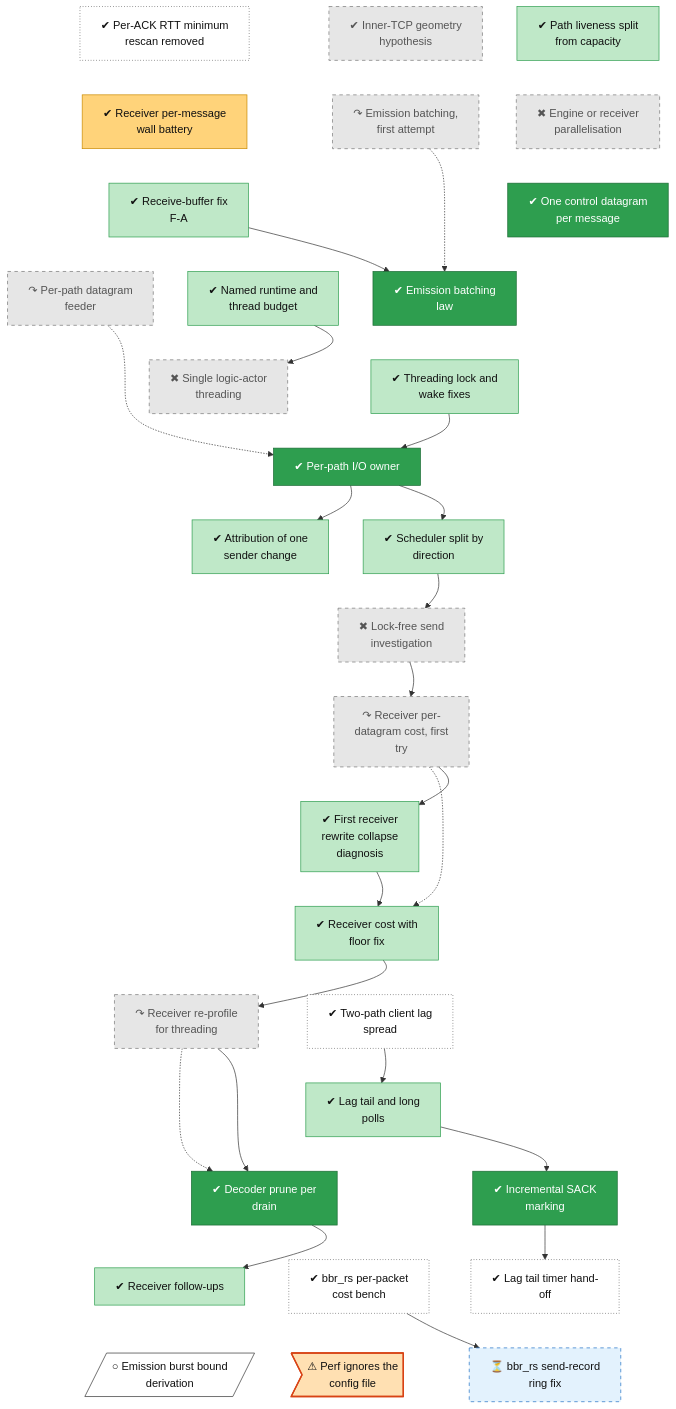
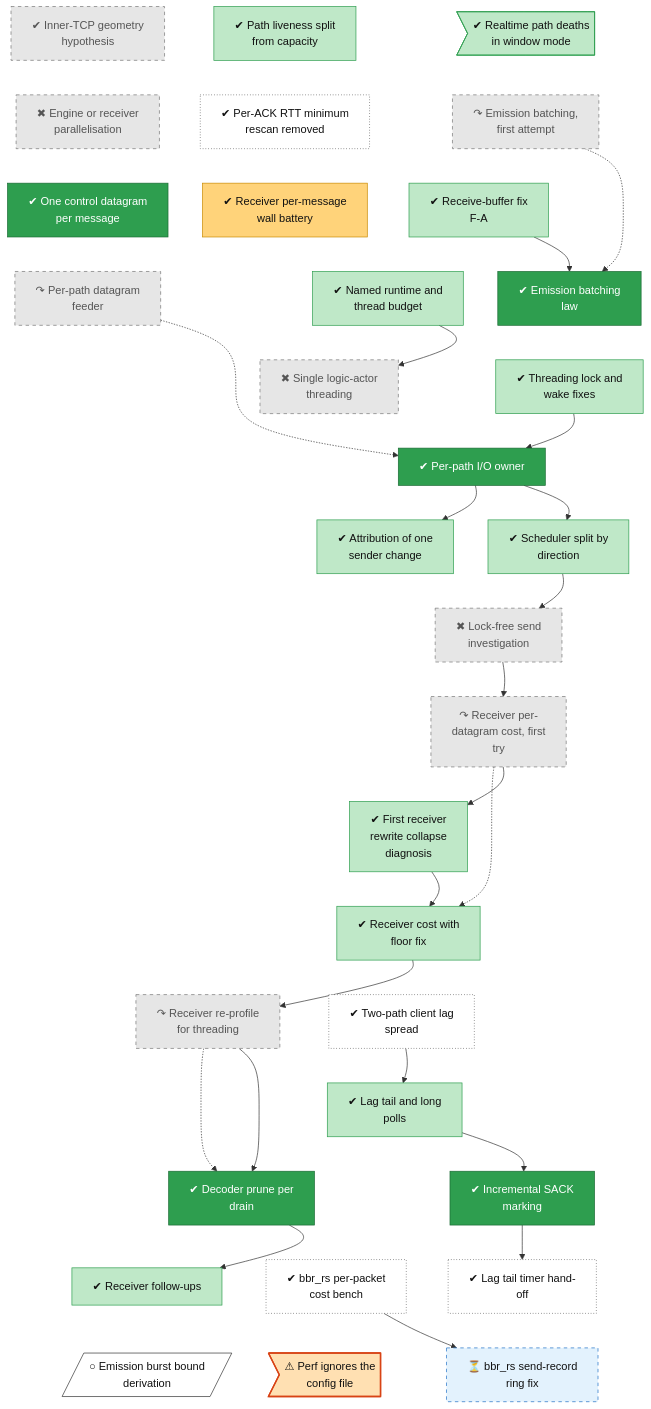
One commit to lhns/raptorpath changed the diagram in docs/roadmap/tracks/perf.md. Above: the diagram before and after it, drawn with Mermaid. The commit also changed other lines of this file and 15 other files, not shown here.

First line of the commit message:
roadmap: show folded records; labelled backfill items; own-verdict records promoted

```diff
--- a/docs/roadmap/tracks/perf.md
+++ b/docs/roadmap/tracks/perf.md
@@ -11,6 +11,7 @@
 flowchart TB
     perf_liveness_split["✔ Path liveness split<br/>from capacity"]
     perf_native_geometry["✔ Inner-TCP geometry<br/>hypothesis"]
+    perf_realtime_path_death>"✔ Realtime path deaths<br/>in window mode"]
     perf_rtt_rescan["✔ Per-ACK RTT minimum<br/>rescan removed"]
     perf_parallelisation["✖ Engine or receiver<br/>parallelisation"]
     perf_emit_batch_v1["↷ Emission batching,<br/>first attempt"]
@@ -40,14 +41,14 @@
     perf_bbrrs_ring_fix["⏳ bbr_rs send-record<br/>ring fix"]
     perf_fix_burst_bound[/"○ Emission burst bound<br/>derivation"/]
     perf_config_dropped>"⚠ Perf ignores the<br/>config file"]
-    perf_liveness_split ~~~ perf_parallelisation
-    perf_native_geometry ~~~ perf_emit_batch_v1
+    perf_liveness_split ~~~ perf_rtt_rescan
+    perf_native_geometry ~~~ perf_parallelisation
+    perf_realtime_path_death ~~~ perf_emit_batch_v1
     perf_rtt_rescan ~~~ perf_recv_msg_wall
     perf_parallelisation ~~~ perf_ack_merge
     perf_emit_batch_v1 ~~~ perf_rcvbuf
-    perf_recv_msg_wall ~~~ perf_rcvbuf
-    perf_ack_merge ~~~ perf_emit_batch_law0
-    perf_rcvbuf ~~~ perf_quic_feeder
+    perf_recv_msg_wall ~~~ perf_emit_batch_law0
+    perf_ack_merge ~~~ perf_quic_feeder
     perf_rcvbuf ~~~ perf_threading_p0
     perf_emit_batch_law0 ~~~ perf_threading_p1
     perf_quic_feeder ~~~ perf_threading_p2a
@@ -106,7 +107,7 @@
     classDef userdec fill:#d9c2f0,stroke:#7b3fb5,color:#111
     classDef defect fill:#ffe0b2,stroke:#d84315,stroke-width:2px,color:#111
     classDef waiting fill:#e3f2fd,stroke:#1f6fc5,stroke-dasharray:5 5,color:#111
-    class perf_liveness_split,perf_rcvbuf,perf_threading_p0,perf_threading_p1,perf_d9_attribution,perf_sched_split,perf_s20_r1_collapse,perf_receiver_r2,perf_s26_long_polls,perf_receiver_followups succ
+    class perf_liveness_split,perf_realtime_path_death,perf_rcvbuf,perf_threading_p0,perf_threading_p1,perf_d9_attribution,perf_sched_split,perf_s20_r1_collapse,perf_receiver_r2,perf_s26_long_polls,perf_receiver_followups succ
     class perf_native_geometry,perf_parallelisation,perf_emit_batch_v1,perf_quic_feeder,perf_threading_p2a,perf_q3_investigation,perf_receiver_r1,perf_threading_r3 dead
     class perf_rtt_rescan,perf_c8_lag,perf_s33_timer,perf_bbrrs_ns_cost unrated
     class perf_recv_msg_wall mixed
```
